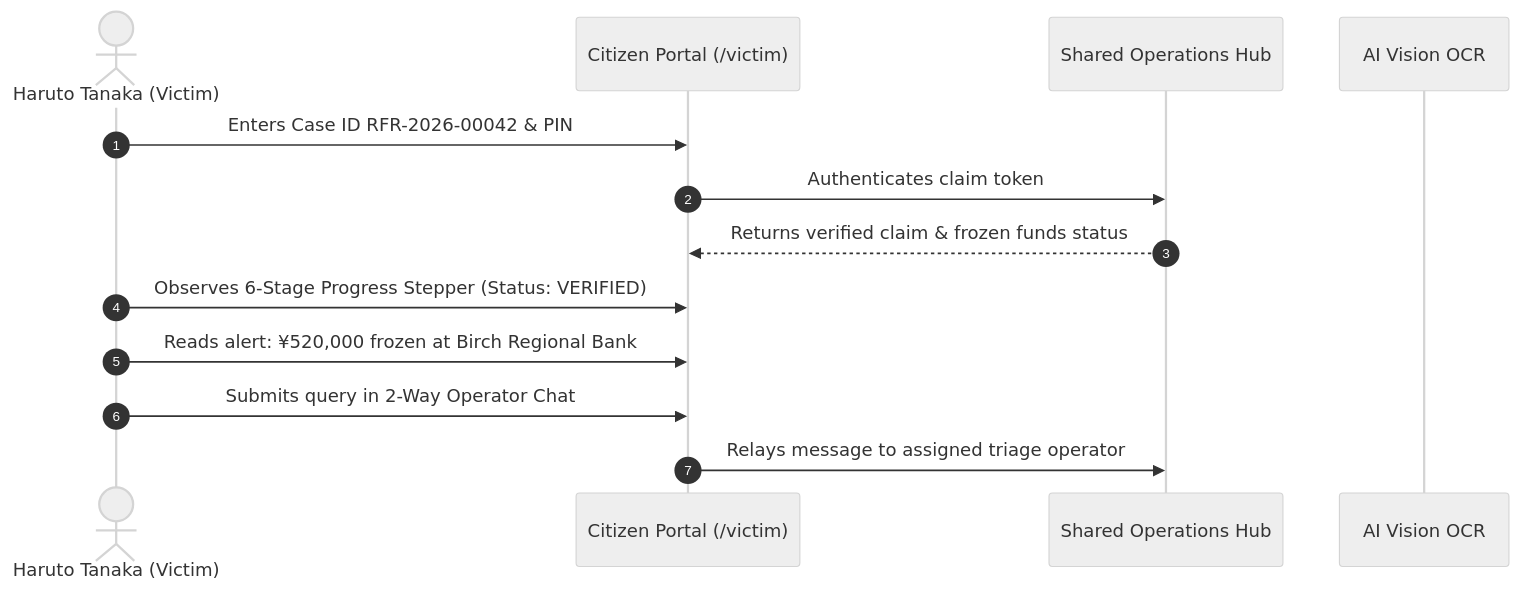
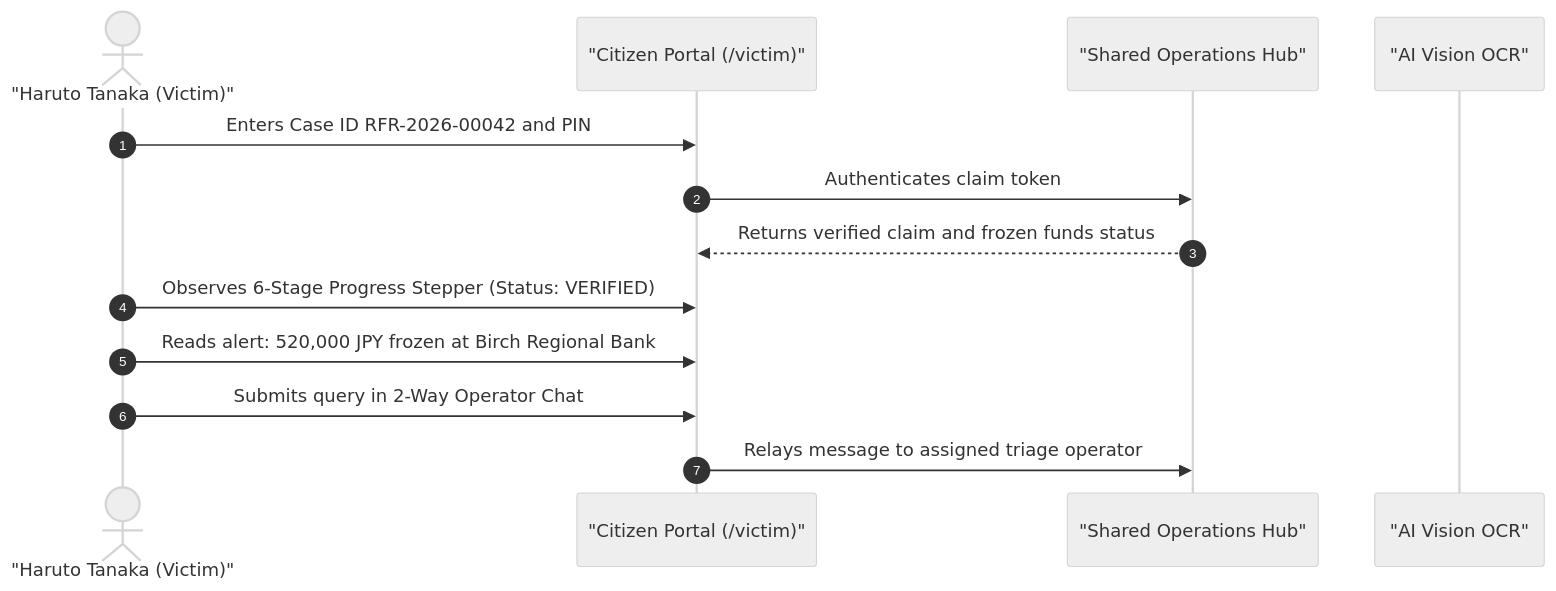
The second of 7 diagrams in frontend/walkthrough/README.md (minuwu/ReliefOps), drawn with Mermaid (neutral theme) before and after one commit. The commit also changed other lines of this file and 8 other files, not shown here.

Commit message:
fix(docs): sanitize mermaid diagrams for github rendering and remove release workflow

````diff
--- a/frontend/walkthrough/README.md
+++ b/frontend/walkthrough/README.md
@@ -115,16 +114,16 @@
 ```mermaid
 sequenceDiagram
     autonumber
-    actor Victim as Haruto Tanaka (Victim)
-    participant Portal as Citizen Portal (/victim)
-    participant Hub as Shared Operations Hub
-    participant AI as AI Vision OCR
+    actor Victim as "Haruto Tanaka (Victim)"
+    participant Portal as "Citizen Portal (/victim)"
+    participant Hub as "Shared Operations Hub"
+    participant AI as "AI Vision OCR"
 
-    Victim->>Portal: Enters Case ID RFR-2026-00042 & PIN
+    Victim->>Portal: Enters Case ID RFR-2026-00042 and PIN
     Portal->>Hub: Authenticates claim token
-    Hub-->>Portal: Returns verified claim & frozen funds status
+    Hub-->>Portal: Returns verified claim and frozen funds status
     Victim->>Portal: Observes 6-Stage Progress Stepper (Status: VERIFIED)
-    Victim->>Portal: Reads alert: ¥520,000 frozen at Birch Regional Bank
+    Victim->>Portal: Reads alert: 520,000 JPY frozen at Birch Regional Bank
     Victim->>Portal: Submits query in 2-Way Operator Chat
     Portal->>Hub: Relays message to assigned triage operator
 ```
````
